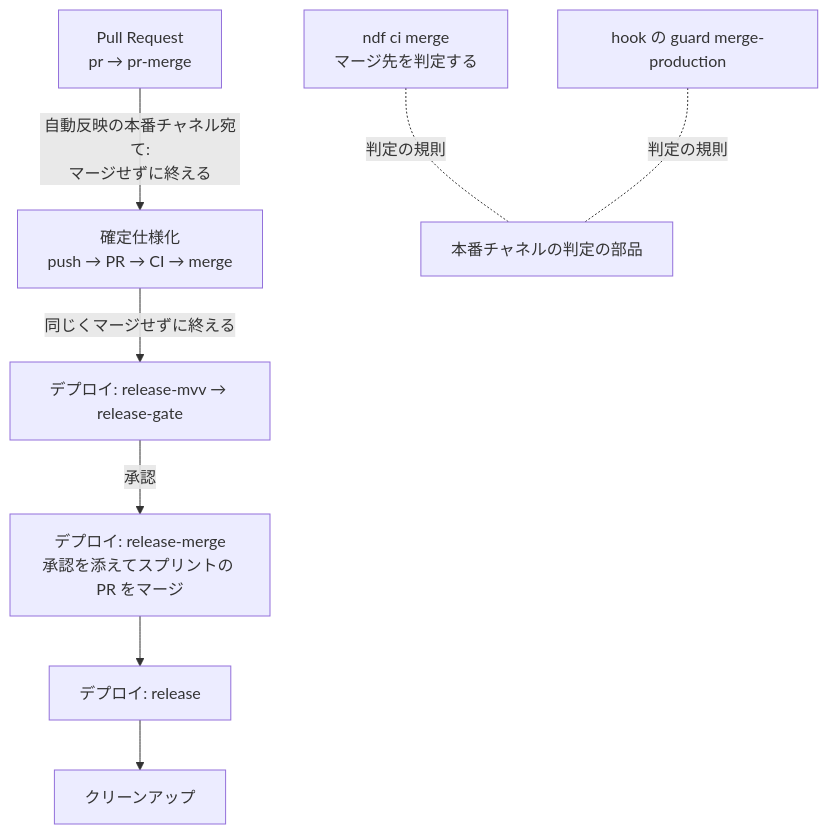
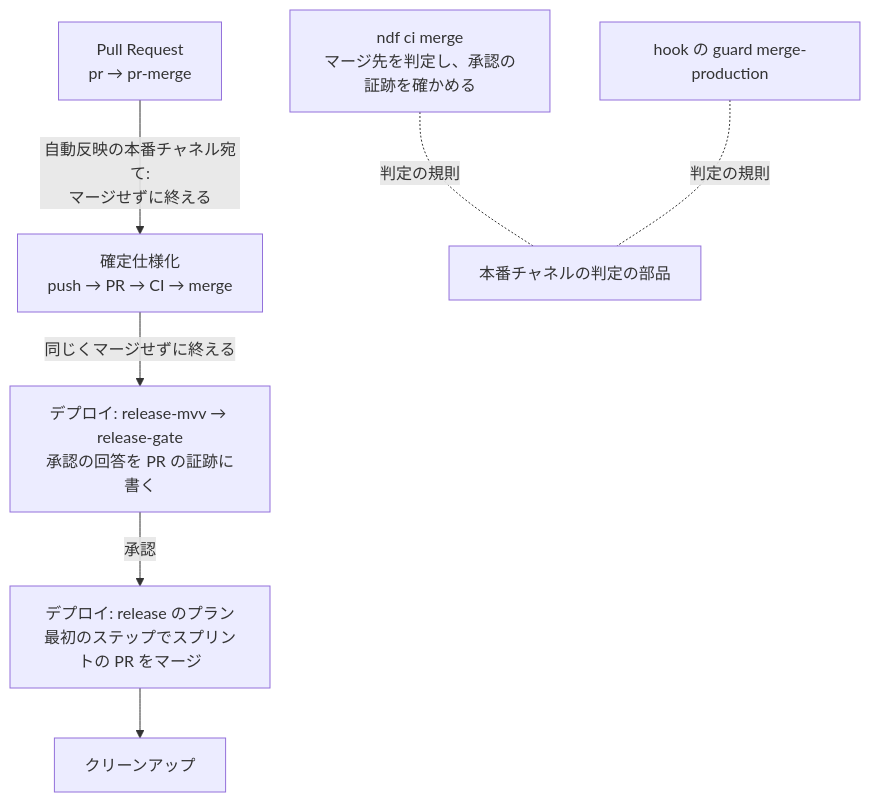
One commit to devbasex/ai-plugins changed the second of 4 diagrams in issues/issue-4409-design.md. Above: the diagram before and after it, drawn with Mermaid. The commit also changed other lines of this file and 1 other file, not shown here.

````diff
--- a/issues/issue-4409-design.md
+++ b/issues/issue-4409-design.md
@@ -64,10 +70,9 @@
 ```mermaid
 graph TD
     PR[Pull Request<br/>pr → pr-merge] -->|自動反映の本番チャネル宛て:<br/>マージせずに終える| SP[確定仕様化<br/>push → PR → CI → merge]
-    SP -->|同じくマージせずに終える| DP1[デプロイ: release-mvv → release-gate]
-    DP1 -->|承認| DP2[デプロイ: release-merge<br/>承認を添えてスプリントの PR をマージ]
-    DP2 --> DP3[デプロイ: release]
-    DP3 --> CL[クリーンアップ]
-    CM["ndf ci merge<br/>マージ先を判定する"] -. 判定の規則 .- RULE[本番チャネルの判定の部品]
+    SP -->|同じくマージせずに終える| DP1[デプロイ: release-mvv → release-gate<br/>承認の回答を PR の証跡に書く]
+    DP1 -->|承認| DP2[デプロイ: release のプラン<br/>最初のステップでスプリントの PR をマージ]
+    DP2 --> CL[クリーンアップ]
+    CM["ndf ci merge<br/>マージ先を判定し、承認の証跡を確かめる"] -. 判定の規則 .- RULE[本番チャネルの判定の部品]
     HK[hook の guard merge-production] -. 判定の規則 .- RULE
 ```
````
